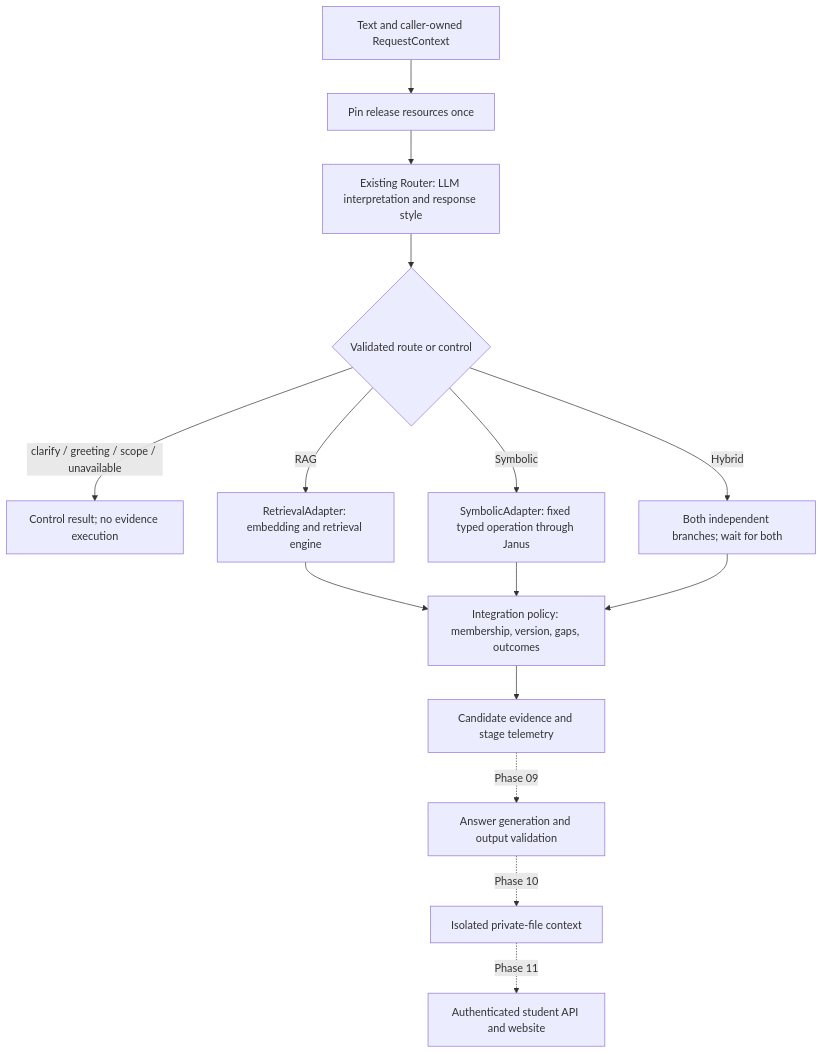
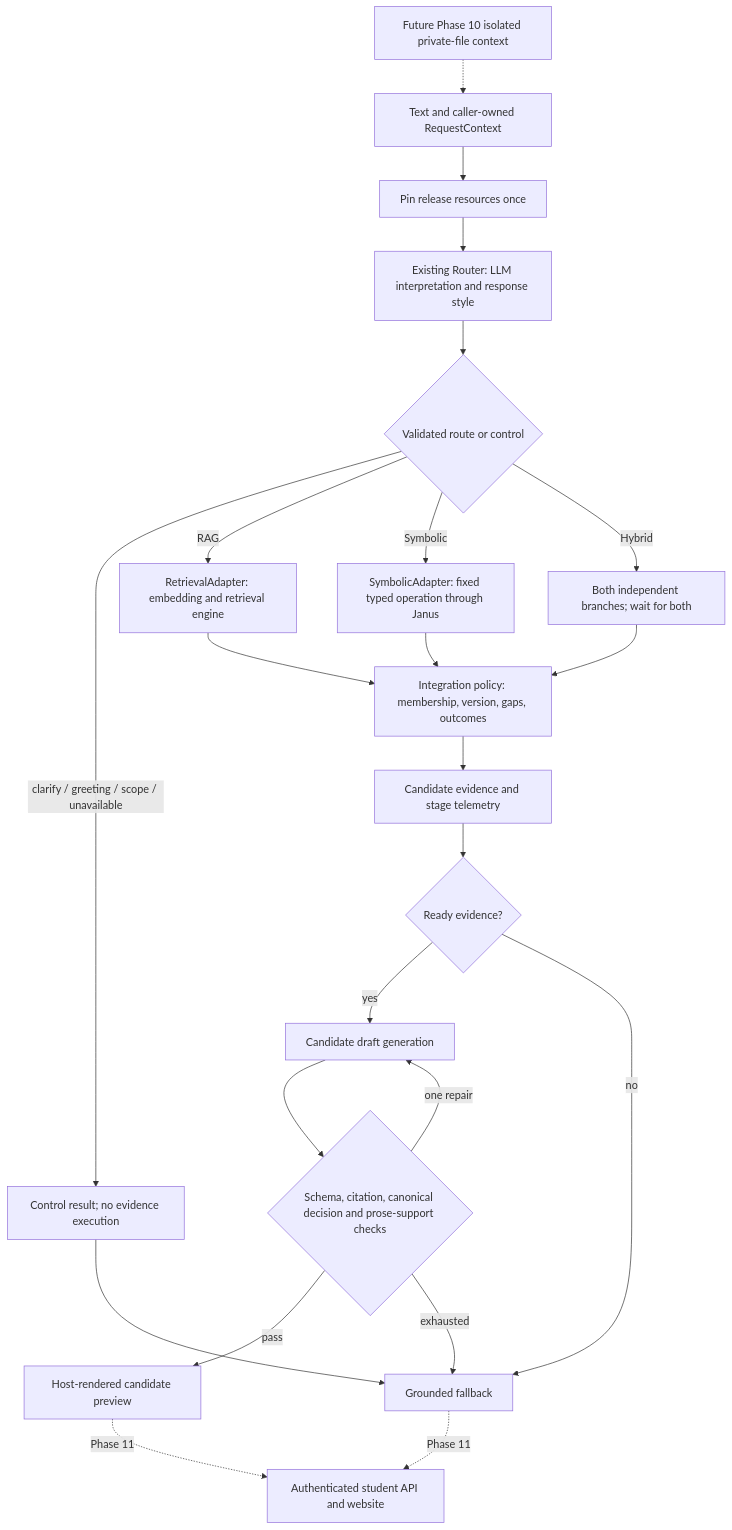
Before and after one commit to bintanong420/Bintanong: the second of 2 diagrams in docs/development/pipelines.md, drawn with Mermaid. The commit also changed other lines of this file and 7 other files, not shown here.

Commit message:
docs(generation): deliver verified candidate code and retain model exit

````diff
--- a/docs/development/pipelines.md
+++ b/docs/development/pipelines.md
@@ -44,17 +45,25 @@
 ```mermaid
 flowchart TD
     Q[Text and caller-owned RequestContext] --> P[Pin release resources once]
     P --> L[Existing Router: LLM interpretation and response style]
     L --> G{Validated route or control}
     G -->|clarify / greeting / scope / unavailable| C[Control result; no evidence execution]
     G -->|RAG| R[RetrievalAdapter: embedding and retrieval engine]
     G -->|Symbolic| S[SymbolicAdapter: fixed typed operation through Janus]
     G -->|Hybrid| H[Both independent branches; wait for both]
     R --> I[Integration policy: membership, version, gaps, outcomes]
     S --> I
     H --> I
     I --> E[Candidate evidence and stage telemetry]
-    E -. Phase 09 .-> A[Answer generation and output validation]
-    A -. Phase 10 .-> F[Isolated private-file context]
-    F -. Phase 11 .-> U[Authenticated student API and website]
+    E --> K{Ready evidence?}
+    K -->|yes| D[Candidate draft generation]
+    K -->|no| B
+    C --> B
+    D --> V{Schema, citation, canonical decision and prose-support checks}
+    V -->|pass| A[Host-rendered candidate preview]
+    V -->|one repair| D
+    V -->|exhausted| B[Grounded fallback]
+    A -. Phase 11 .-> U[Authenticated student API and website]
+    B -. Phase 11 .-> U
+    F[Future Phase 10 isolated private-file context] -.-> Q
 ```
````
